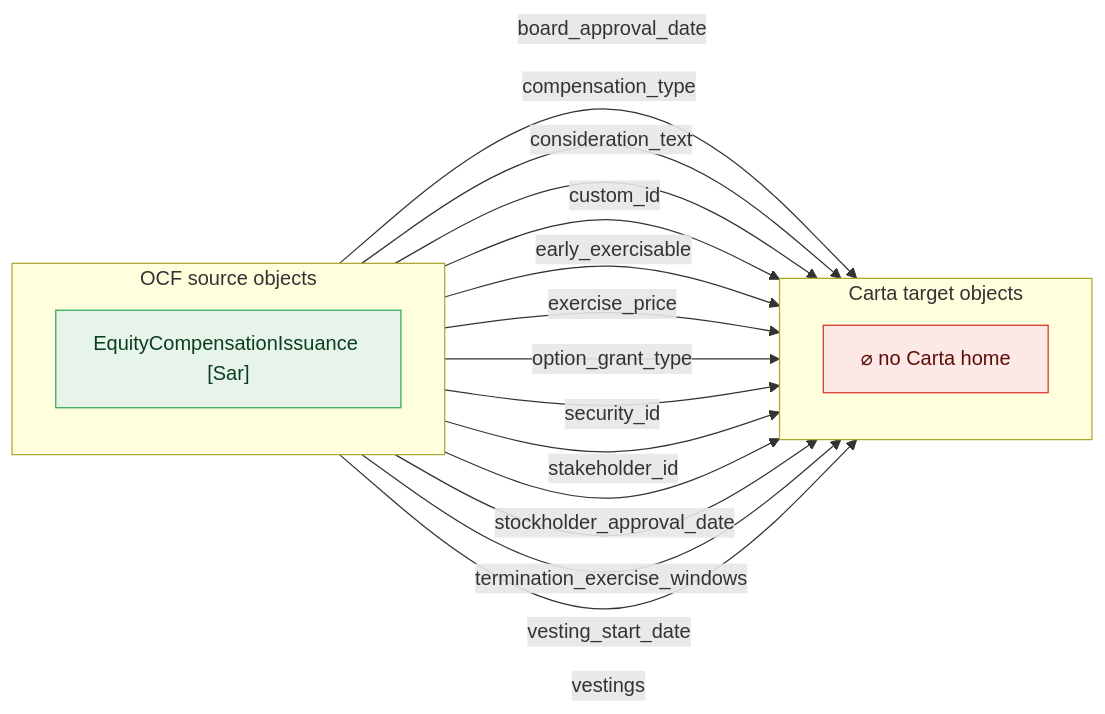
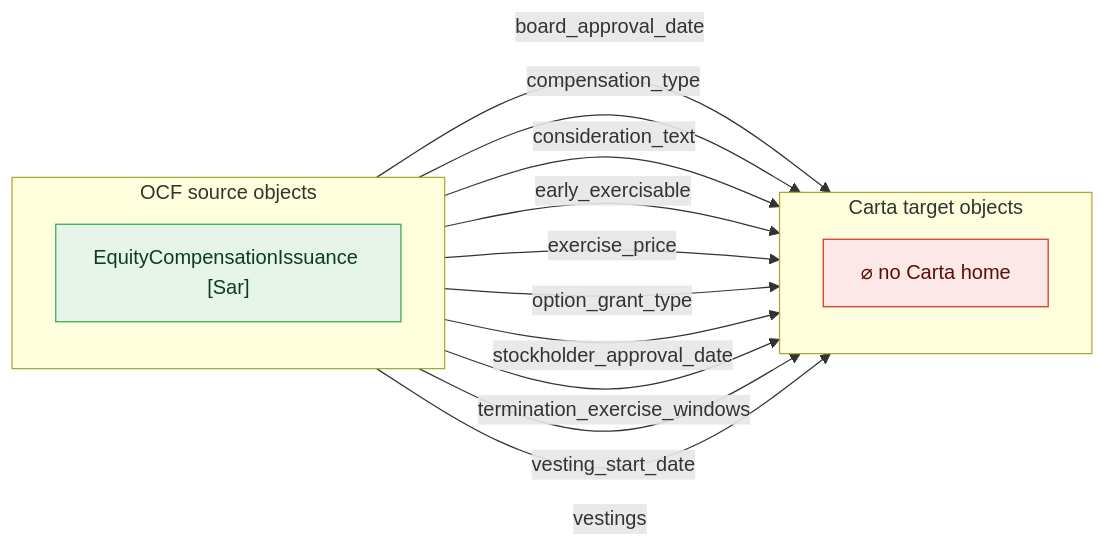
Before and after one commit to Open-Cap-Table-Coalition/OCF-Composed-Schemas: the first of 30 diagrams in core-rich/core-gaps.md, drawn with Mermaid. The commit also changed other lines of this file and 24 other files, not shown here.

````diff
--- a/core-rich/core-gaps.md
+++ b/core-rich/core-gaps.md
@@ -16,28 +16,25 @@
 ```mermaid
 flowchart LR
   classDef adm fill:#e6f4ea,stroke:#34a853,color:#0b3d20;
   classDef notadm fill:#f1f3f4,stroke:#9aa0a6,color:#5f6368,stroke-dasharray:4 3;
   classDef carta fill:#e8f0fe,stroke:#1a73e8,color:#0d2b66;
   classDef sink fill:#fce8e6,stroke:#d93025,color:#5c0d06;
   subgraph SRC["OCF source objects"]
     direction TB
     o0["EquityCompensationIssuance [Sar]"]:::adm
   end
   subgraph TGT["Carta target objects"]
     direction TB
     sink["⌀ no Carta home"]:::sink
   end
   o0 -->|"board_approval_date"| sink
   o0 -->|"compensation_type"| sink
   o0 -->|"consideration_text"| sink
-  o0 -->|"custom_id"| sink
   o0 -->|"early_exercisable"| sink
   o0 -->|"exercise_price"| sink
   o0 -->|"option_grant_type"| sink
-  o0 -->|"security_id"| sink
-  o0 -->|"stakeholder_id"| sink
   o0 -->|"stockholder_approval_date"| sink
   o0 -->|"termination_exercise_windows"| sink
   o0 -->|"vesting_start_date"| sink
   o0 -->|"vestings"| sink
 ```
````
